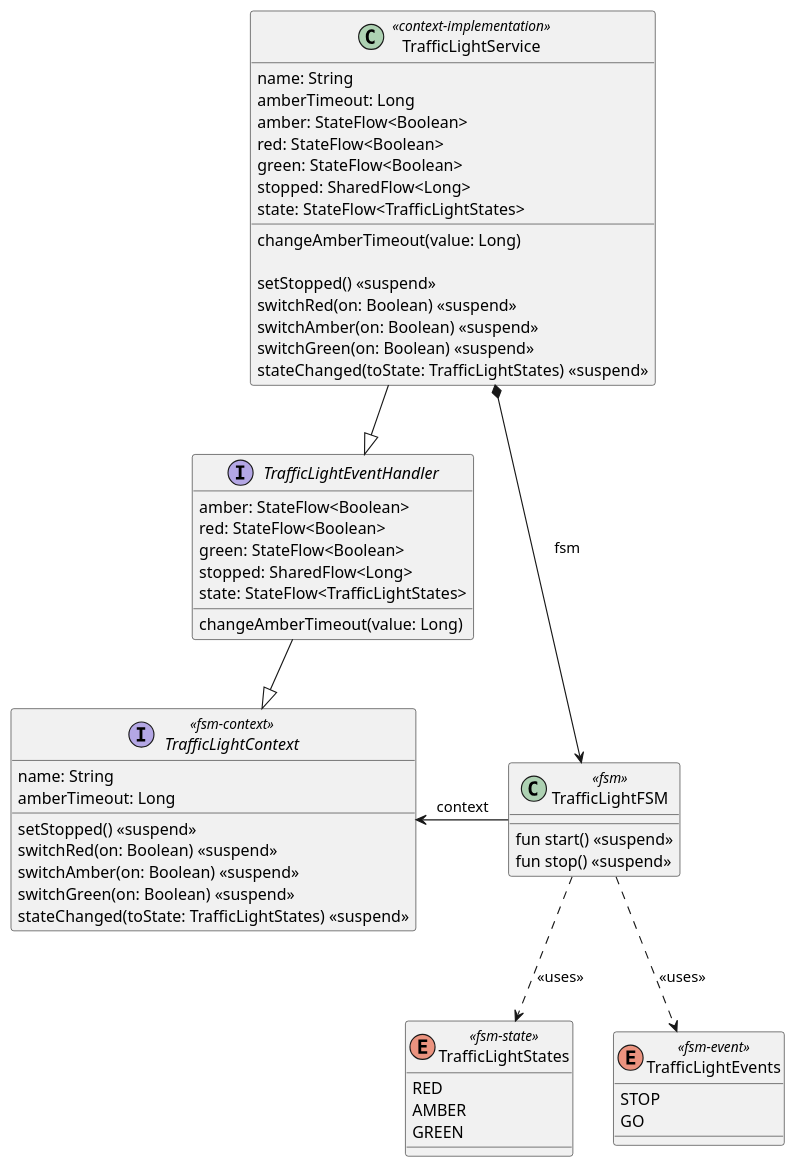
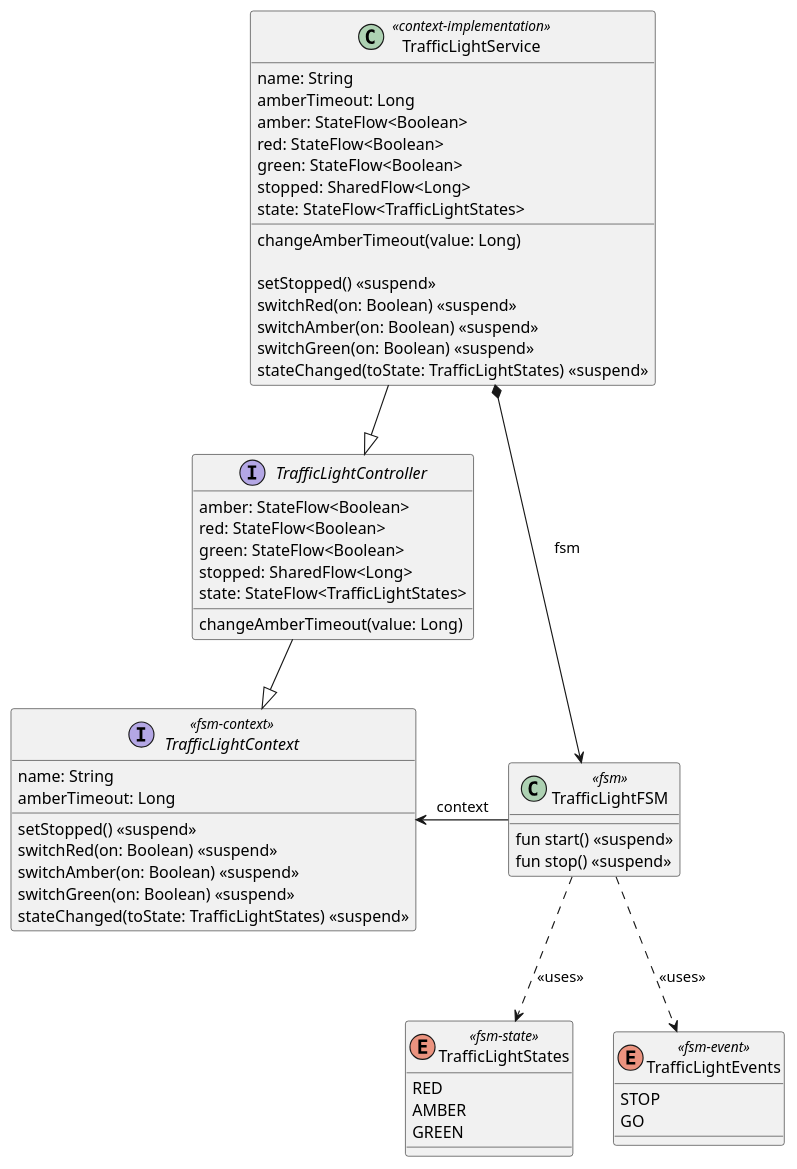
Before and after one commit to open-jumpco/kfsm-mpp-compose-traffic: the diagram in models/traffic-light-model.puml, drawn with PlantUML. The commit also changed 11 other files, not shown here.

```diff
--- a/models/traffic-light-model.puml
+++ b/models/traffic-light-model.puml
@@ -1,62 +1,62 @@
 @startuml
 
 enum TrafficLightStates <<fsm-state>> {
     RED
     AMBER
     GREEN
 }
 
 enum TrafficLightEvents <<fsm-event>> {
     STOP
     GO
 }
 interface TrafficLightContext <<fsm-context>> {
     name: String
     amberTimeout: Long
     setStopped() <<suspend>>
     switchRed(on: Boolean) <<suspend>>
     switchAmber(on: Boolean) <<suspend>>
     switchGreen(on: Boolean) <<suspend>>
     stateChanged(toState: TrafficLightStates) <<suspend>>
 }
 
-interface TrafficLightEventHandler {
+interface TrafficLightController {
     amber: StateFlow<Boolean>
     red: StateFlow<Boolean>
     green: StateFlow<Boolean>
     stopped: SharedFlow<Long>
     state: StateFlow<TrafficLightStates>
     changeAmberTimeout(value: Long)
 }
-TrafficLightEventHandler -down-|> TrafficLightContext
+TrafficLightController -down-|> TrafficLightContext
 
 class TrafficLightFSM <<fsm>> {
     fun start() <<suspend>>
     fun stop() <<suspend>>
 }
 
 TrafficLightFSM ..> TrafficLightStates: <<uses>>
 TrafficLightFSM ..> TrafficLightEvents: <<uses>>
 TrafficLightFSM -left-> TrafficLightContext: context
 
 class TrafficLightService <<context-implementation>> {
     name: String
     amberTimeout: Long
     amber: StateFlow<Boolean>
     red: StateFlow<Boolean>
     green: StateFlow<Boolean>
     stopped: SharedFlow<Long>
     state: StateFlow<TrafficLightStates>
     changeAmberTimeout(value: Long)
 
     setStopped() <<suspend>>
     switchRed(on: Boolean) <<suspend>>
     switchAmber(on: Boolean) <<suspend>>
     switchGreen(on: Boolean) <<suspend>>
     stateChanged(toState: TrafficLightStates) <<suspend>>
 }
 
-TrafficLightService --|> TrafficLightEventHandler
+TrafficLightService --|> TrafficLightController
 TrafficLightService *--> TrafficLightFSM: fsm
 
 @enduml
```
